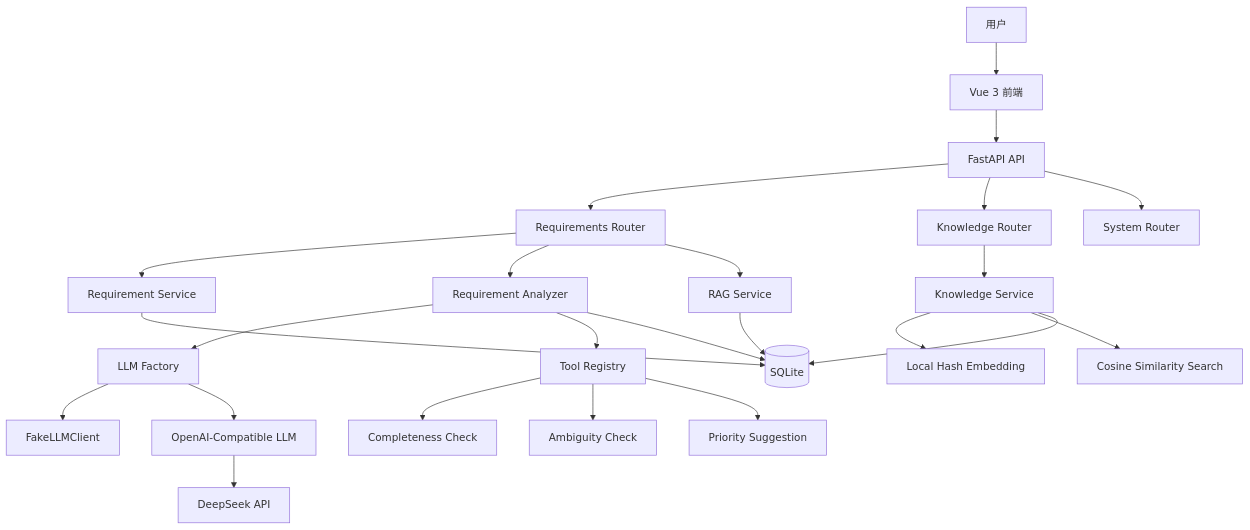
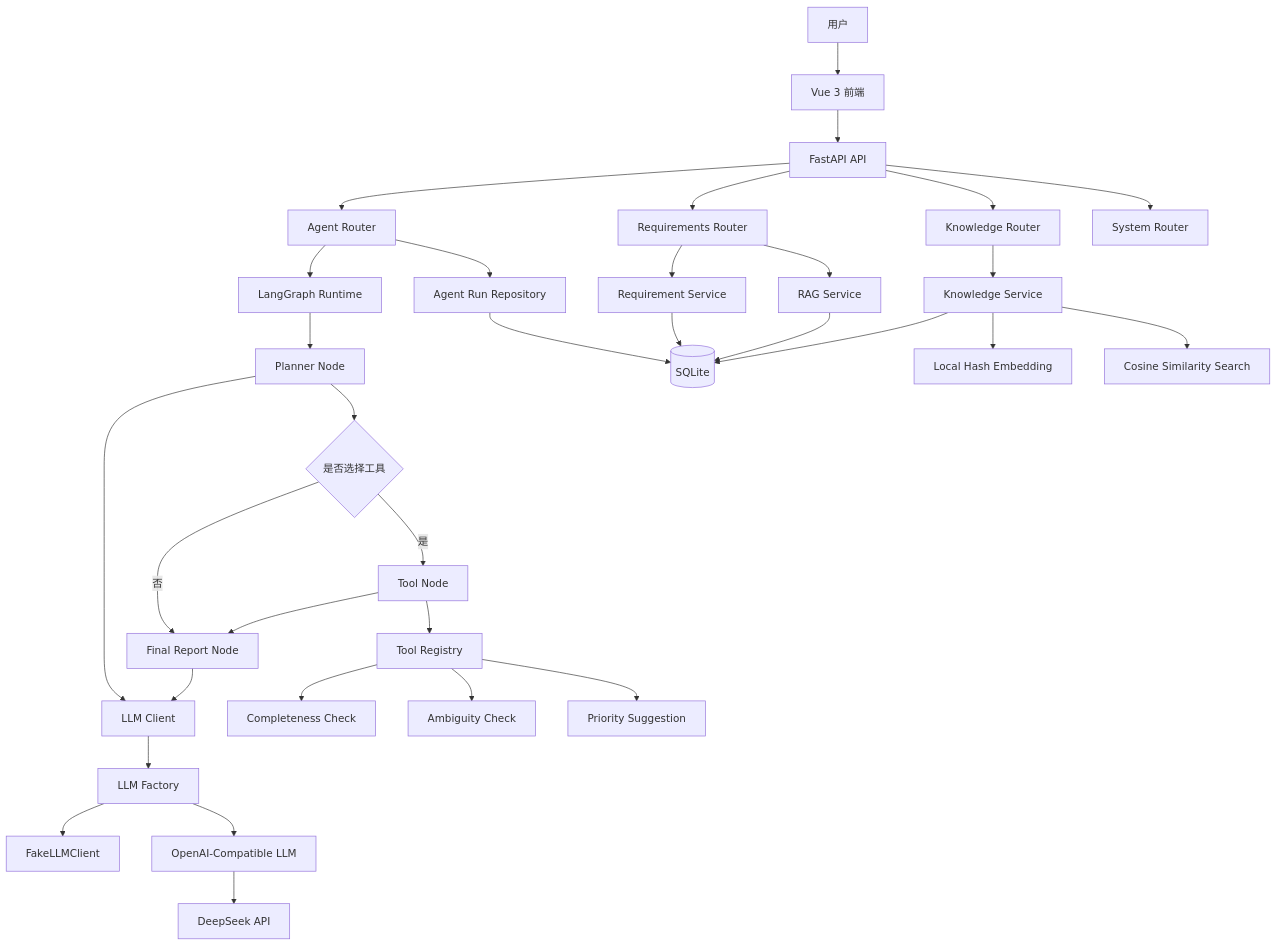
The first of 3 diagrams in README.md (wgy2021/reqflow-agent), drawn with Mermaid before and after one commit. The commit also changed other lines of this file, not shown here.

Commit message:
docs: update README for LangGraph workflow (#17)

````diff
--- a/README.md
+++ b/README.md
@@ -129,32 +149,42 @@
 ```mermaid
 flowchart TD
     U[用户] --> F[Vue 3 前端]
     F --> API[FastAPI API]
 
-    API --> RR[Requirements Router]
-    API --> KR[Knowledge Router]
-    API --> SR[System Router]
+    API --> REQ[Requirements Router]
+    API --> AGENT[Agent Router]
+    API --> KNOW[Knowledge Router]
+    API --> SYS[System Router]
 
-    RR --> RS[Requirement Service]
-    RR --> RA[Requirement Analyzer]
-    RR --> RAG[RAG Service]
+    REQ --> REQSVC[Requirement Service]
+    REQ --> RAG[RAG Service]
 
-    KR --> KS[Knowledge Service]
-    KS --> EMB[Local Hash Embedding]
-    KS --> SEARCH[Cosine Similarity Search]
+    AGENT --> LG[LangGraph Runtime]
+    LG --> PLAN[Planner Node]
+    PLAN --> ROUTE{是否选择工具}
+    ROUTE -->|是| TOOL[Tool Node]
+    ROUTE -->|否| REPORT[Final Report Node]
+    TOOL --> REPORT
 
-    RA --> FACTORY[LLM Factory]
+    PLAN --> LLM[LLM Client]
+    REPORT --> LLM
+    LLM --> FACTORY[LLM Factory]
     FACTORY --> FAKE[FakeLLMClient]
     FACTORY --> REAL[OpenAI-Compatible LLM]
     REAL --> DS[DeepSeek API]
 
-    RA --> REG[Tool Registry]
+    TOOL --> REG[Tool Registry]
     REG --> C[Completeness Check]
     REG --> A[Ambiguity Check]
     REG --> P[Priority Suggestion]
 
-    RS --> DB[(SQLite)]
+    AGENT --> REPO[Agent Run Repository]
+    REPO --> DB[(SQLite)]
+    REQSVC --> DB
+    RAG --> DB
+
+    KNOW --> KS[Knowledge Service]
+    KS --> EMB[Local Hash Embedding]
+    KS --> SEARCH[Cosine Similarity Search]
     KS --> DB
-    RAG --> DB
-    RA --> DB
 ```
````
